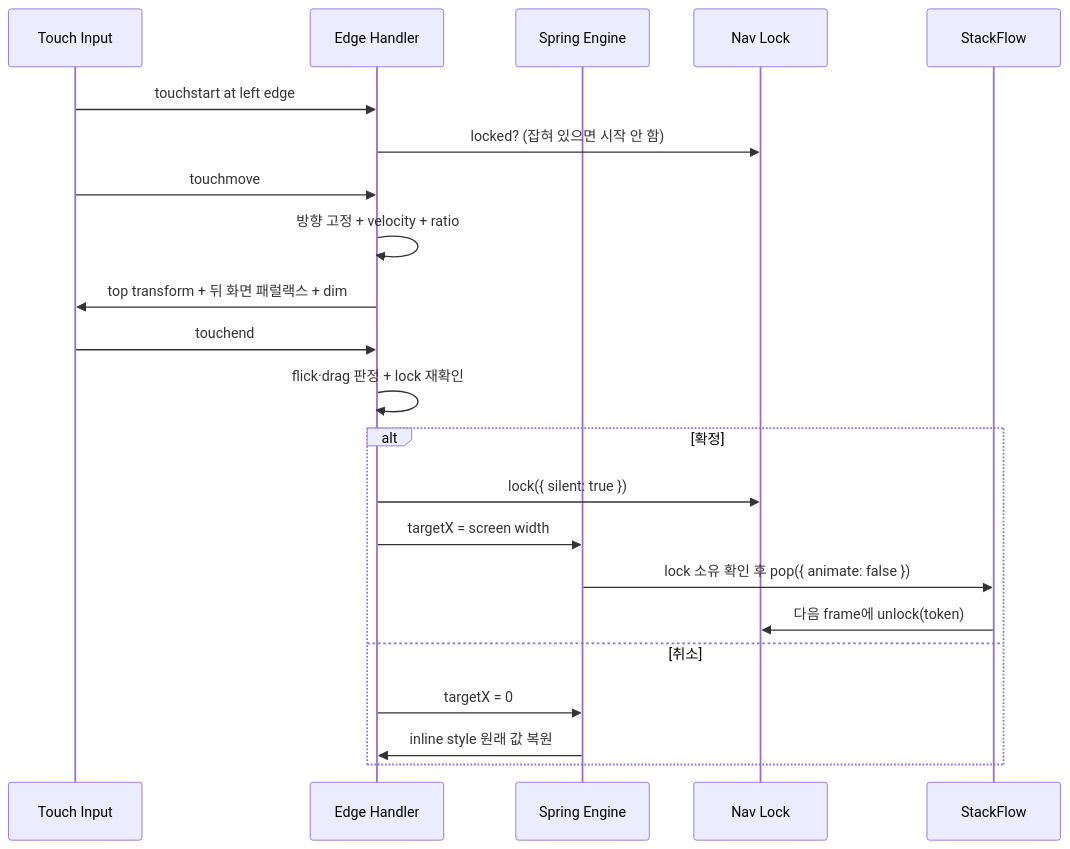
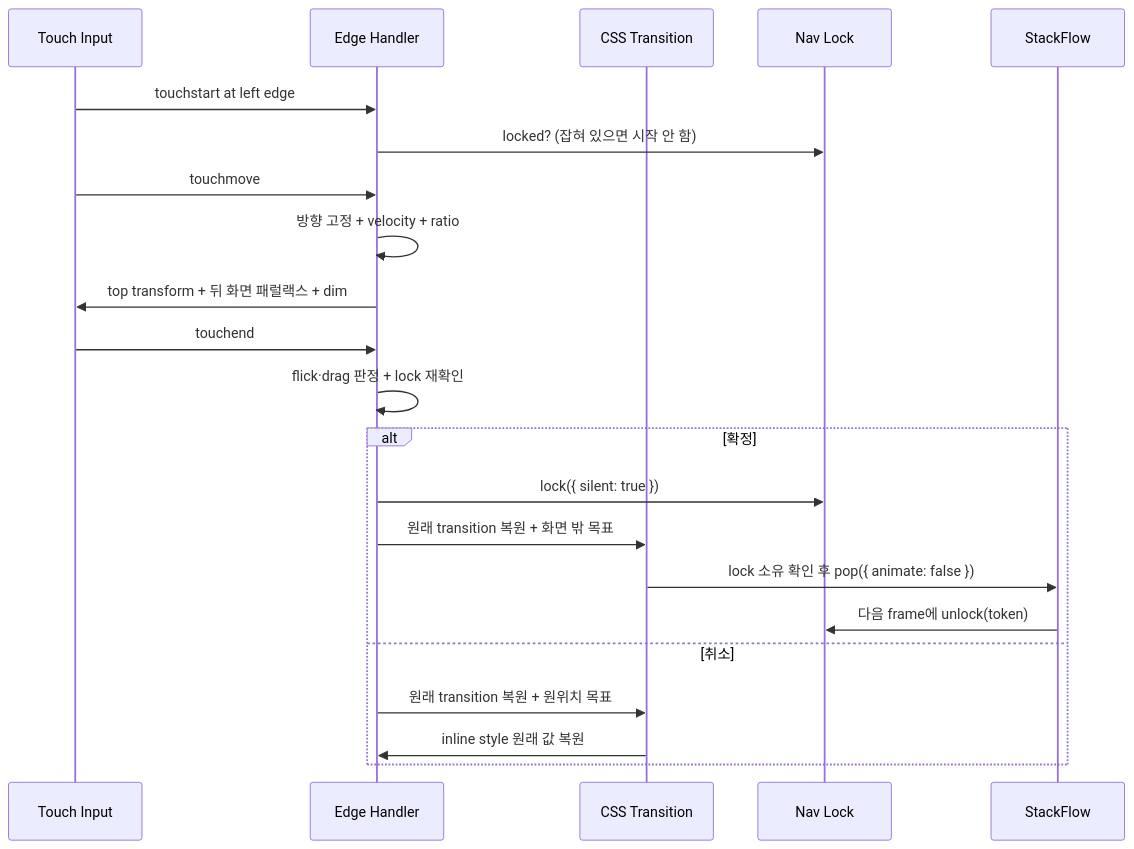
One commit to HappyDoran/HappyDoran.github.io changed the second of 2 diagrams in src/content/blog/stackflow-webview-swipe-back-3b10d0f75cd681a0ac73c5bd5b85ec85.md. Above: the diagram before and after it, drawn with Mermaid. The commit also changed other lines of this file, not shown here.

````diff
--- a/src/content/blog/stackflow-webview-swipe-back-3b10d0f75cd681a0ac73c5bd5b85ec85.md
+++ b/src/content/blog/stackflow-webview-swipe-back-3b10d0f75cd681a0ac73c5bd5b85ec85.md
@@ -218,25 +204,25 @@
 ```mermaid
 sequenceDiagram
     participant Input as Touch Input
     participant Edge as Edge Handler
-    participant Spring as Spring Engine
+    participant Spring as CSS Transition
     participant Lock as Nav Lock
     participant Flow as StackFlow
 
     Input->>Edge: touchstart at left edge
     Edge->>Lock: locked? (잡혀 있으면 시작 안 함)
     Input->>Edge: touchmove
     Edge->>Edge: 방향 고정 + velocity + ratio
     Edge->>Input: top transform + 뒤 화면 패럴랙스 + dim
     Input->>Edge: touchend
     Edge->>Edge: flick·drag 판정 + lock 재확인
     alt 확정
         Edge->>Lock: lock({ silent: true })
-        Edge->>Spring: targetX = screen width
+        Edge->>Spring: 원래 transition 복원 + 화면 밖 목표
         Spring->>Flow: lock 소유 확인 후 pop({ animate: false })
         Flow->>Lock: 다음 frame에 unlock(token)
     else 취소
-        Edge->>Spring: targetX = 0
+        Edge->>Spring: 원래 transition 복원 + 원위치 목표
         Spring->>Edge: inline style 원래 값 복원
     end
 ```
````
